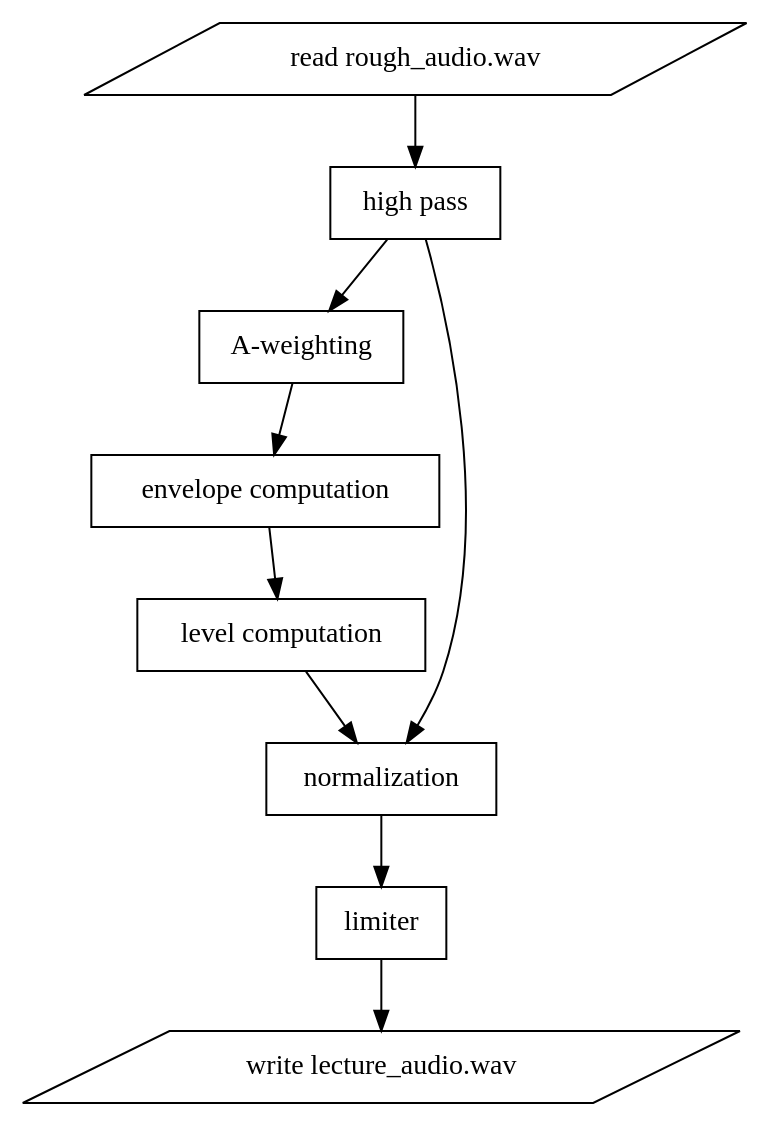
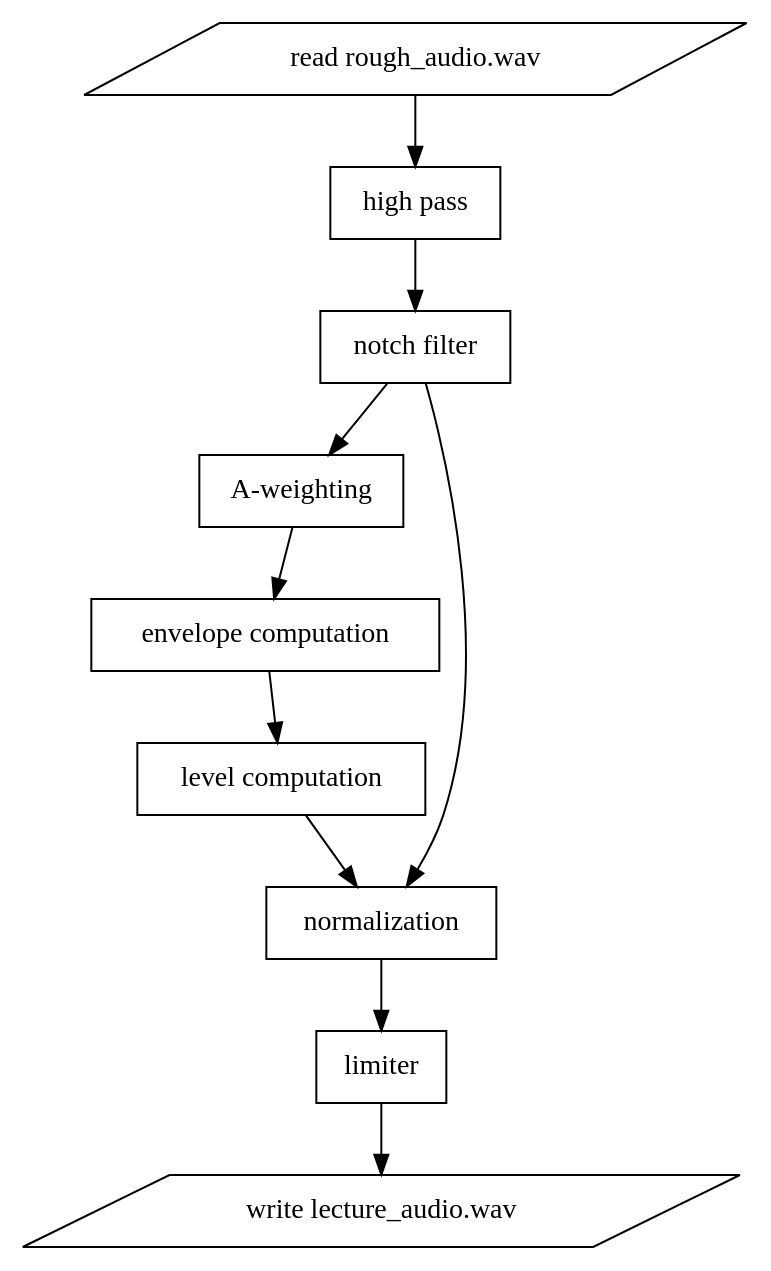
One commit to ls1intum/Blender.LectureEdit changed the diagram in documentation/steps/audio.rst. Above: the diagram before and after it, drawn with Graphviz. The commit also changed other lines of this file and 6 other files, not shown here.

```diff
--- a/documentation/steps/audio.rst
+++ b/documentation/steps/audio.rst
@@ -73,15 +82,16 @@
 .. graphviz::
 
    digraph AudioProcessing{
       input [label="read rough_audio.wav", shape=parallelogram];
       highpass [label="high pass", shape=rect];
+      notchfilter [label="notch filter", shape=rect];
       aweighting [label="A-weighting", shape=rect];
       envelope [label="envelope computation", shape=rect];
       level [label="level computation", shape=rect];
       normalization [label="normalization", shape=rect];
       limiter [label="limiter", shape=rect];
       output [label="write lecture_audio.wav", shape=parallelogram];
 
-      input -> highpass -> normalization -> limiter -> output;
-      highpass -> aweighting -> envelope -> level -> normalization;
+      input -> highpass -> notchfilter -> normalization -> limiter -> output;
+      notchfilter -> aweighting -> envelope -> level -> normalization;
    }
```
